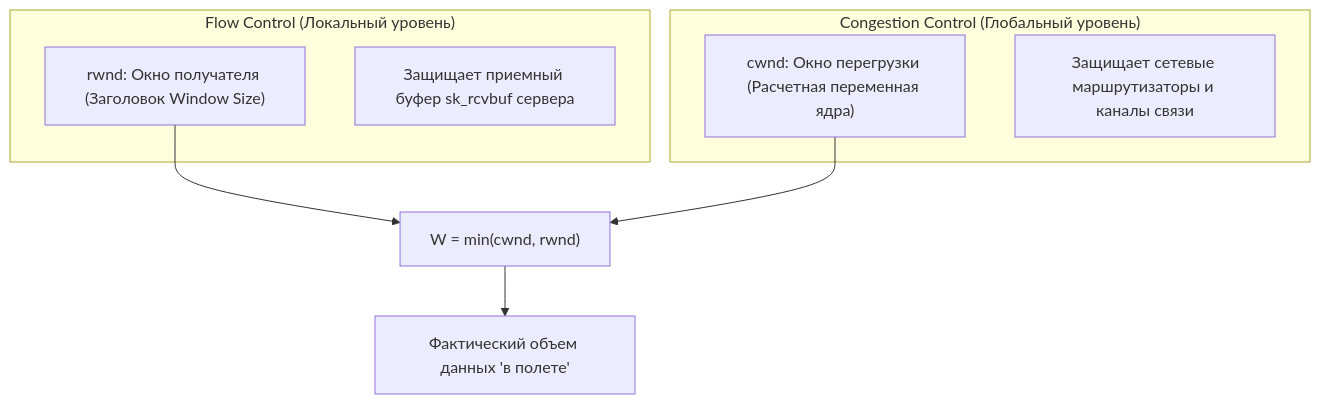
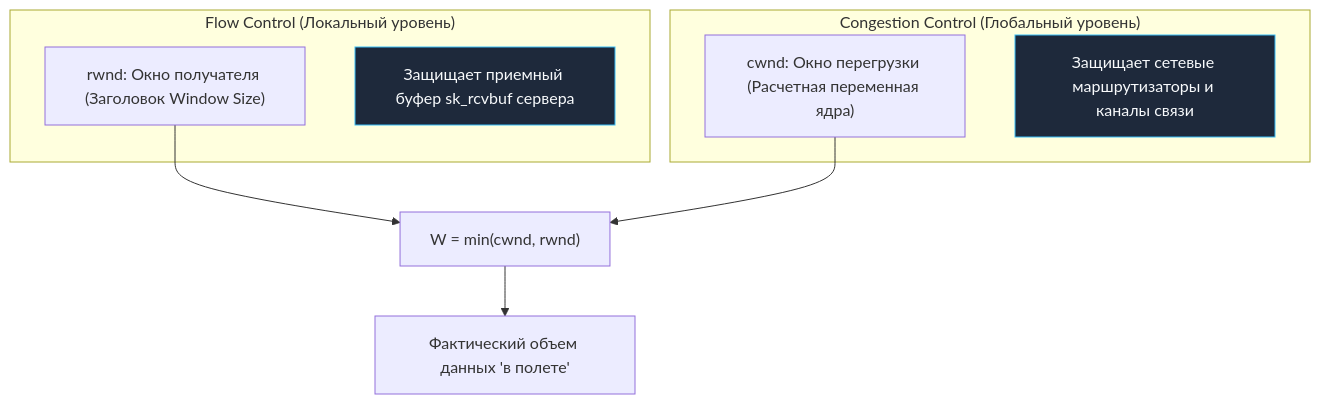
Before and after one commit to UnrealTemplier/go-textbook: the fourth of 5 diagrams in sources/3. Компьютерные сети и сетевой стек/11. TCP Handshake, Flow Control и Congestion Control.md, drawn with Mermaid. The commit also changed other lines of this file and 1666 other files, not shown here.

First line of the commit message:
feat(mermaid): add semantic color classDef to 1369 colorless flowchart/graph diagrams

````diff
--- a/sources/3. Компьютерные сети и сетевой стек/11. TCP Handshake, Flow Control и Congestion Control.md
+++ b/sources/3. Компьютерные сети и сетевой стек/11. TCP Handshake, Flow Control и Congestion Control.md
@@ -207,16 +217,26 @@
 ```mermaid
 flowchart TD
+    classDef process  fill:#1e293b,stroke:#38bdf8,stroke-width:1px,color:#f8fafc
+    classDef success  fill:#064e3b,stroke:#34d399,stroke-width:1px,color:#f8fafc
+    classDef error    fill:#7f1d1d,stroke:#f87171,stroke-width:1px,color:#f8fafc
+    classDef warning  fill:#78350f,stroke:#fbbf24,stroke-width:1px,color:#f8fafc
+    classDef entry    fill:#1e3a5f,stroke:#38bdf8,stroke-width:2px,color:#f8fafc
+    classDef aux      fill:#334155,stroke:#64748b,stroke-width:1px,color:#f8fafc
+    classDef system   fill:#312e81,stroke:#a78bfa,stroke-width:1px,color:#f8fafc
+    classDef data     fill:#132d29,stroke:#2dd4bf,stroke-width:1px,color:#f8fafc
+    classDef network  fill:#881337,stroke:#fb7185,stroke-width:1px,color:#f8fafc
+    classDef accent   fill:#1e1b4b,stroke:#818cf8,stroke-width:1px,color:#f8fafc
     subgraph FlowControl ["Flow Control (Локальный уровень)"]
         RWND["rwnd: Окно получателя (Заголовок Window Size)"]
-        Prot1["Защищает приемный буфер sk_rcvbuf сервера"]
+        Prot1["Защищает приемный буфер sk_rcvbuf сервера"]:::process
     end
 
     subgraph CongestionControl ["Congestion Control (Глобальный уровень)"]
         CWND["cwnd: Окно перегрузки (Расчетная переменная ядра)"]
-        Prot2["Защищает сетевые маршрутизаторы и каналы связи"]
+        Prot2["Защищает сетевые маршрутизаторы и каналы связи"]:::process
     end
 
     RWND --> MinCalc["W = min(cwnd, rwnd)"]
     CWND --> MinCalc
     MinCalc --> Transmission["Фактический объем данных 'в полете'"]
 ```
````
